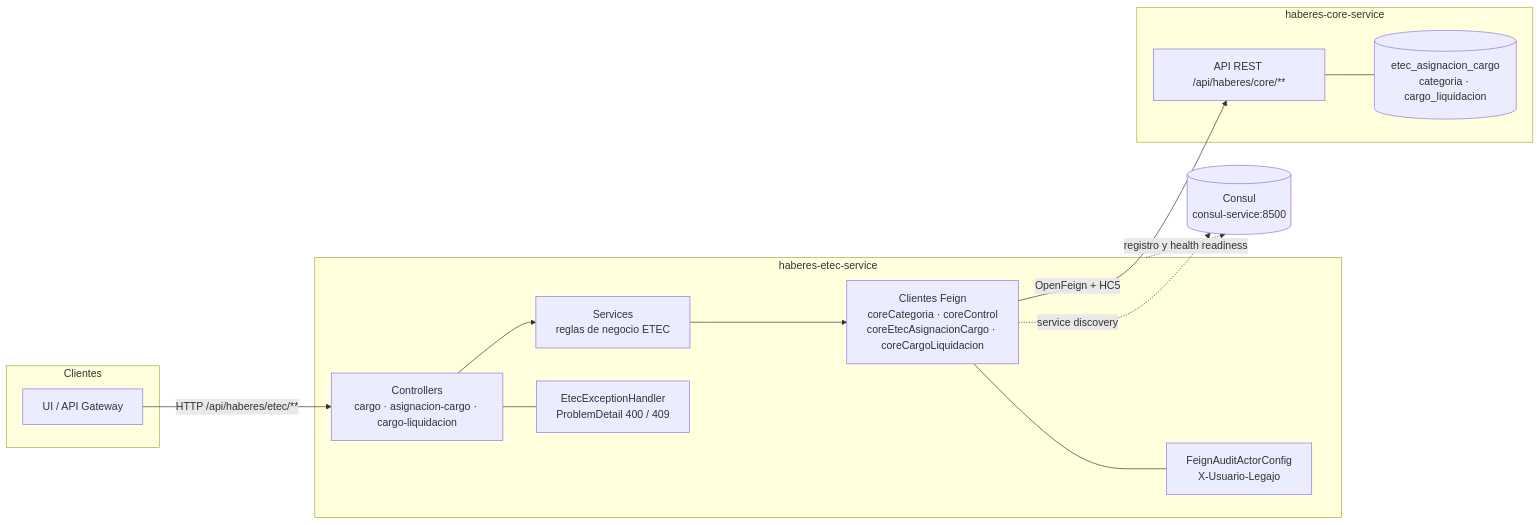
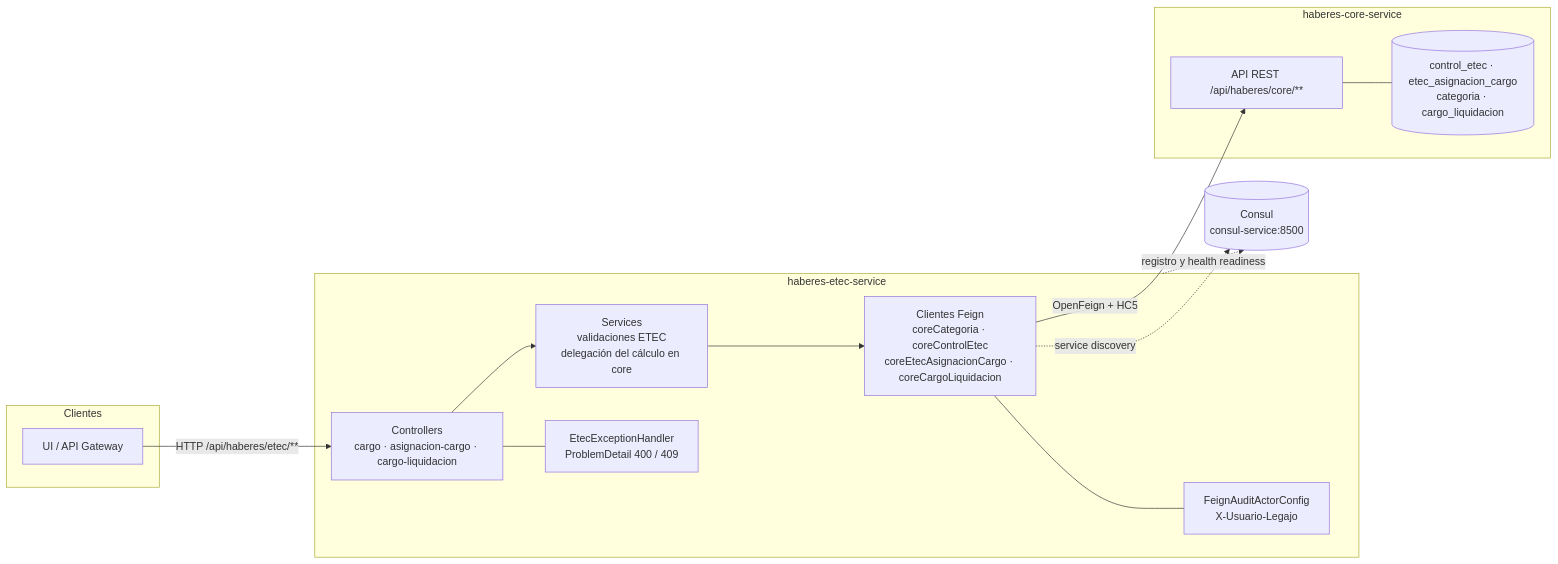
Before and after one commit to UM-services/UM.haberes.etec-service: the diagram in docs/diagrams/arquitectura-general.mmd, drawn with Mermaid. The commit also changed 10 other files, not shown here.

First line of the commit message:
feat(generacion): delega el cálculo ETEC en core

```diff
--- a/docs/diagrams/arquitectura-general.mmd
+++ b/docs/diagrams/arquitectura-general.mmd
@@ -1,29 +1,29 @@
 flowchart LR
     subgraph CLIENTES["Clientes"]
         UI["UI / API Gateway"]
     end
 
     subgraph ETEC["haberes-etec-service"]
         WEB["Controllers<br/>cargo · asignacion-cargo · cargo-liquidacion"]
-        APP["Services<br/>reglas de negocio ETEC"]
+        APP["Services<br/>validaciones ETEC<br/>delegación del cálculo en core"]
         ERR["EtecExceptionHandler<br/>ProblemDetail 400 / 409"]
         AUDIT["FeignAuditActorConfig<br/>X-Usuario-Legajo"]
-        FEIGN["Clientes Feign<br/>coreCategoria · coreControl<br/>coreEtecAsignacionCargo · coreCargoLiquidacion"]
+        FEIGN["Clientes Feign<br/>coreCategoria · coreControlEtec<br/>coreEtecAsignacionCargo · coreCargoLiquidacion"]
     end
 
     subgraph CORE["haberes-core-service"]
         API["API REST /api/haberes/core/**"]
-        TABLAS[("etec_asignacion_cargo<br/>categoria · cargo_liquidacion")]
+        TABLAS[("control_etec · etec_asignacion_cargo<br/>categoria · cargo_liquidacion")]
     end
 
     CONSUL[("Consul<br/>consul-service:8500")]
 
     UI -->|"HTTP /api/haberes/etec/**"| WEB
     WEB --> APP
     APP --> FEIGN
     WEB --- ERR
     FEIGN --- AUDIT
     FEIGN -->|"OpenFeign + HC5"| API
     API --- TABLAS
     ETEC -.->|"registro y health readiness"| CONSUL
     FEIGN -.->|"service discovery"| CONSUL
```
